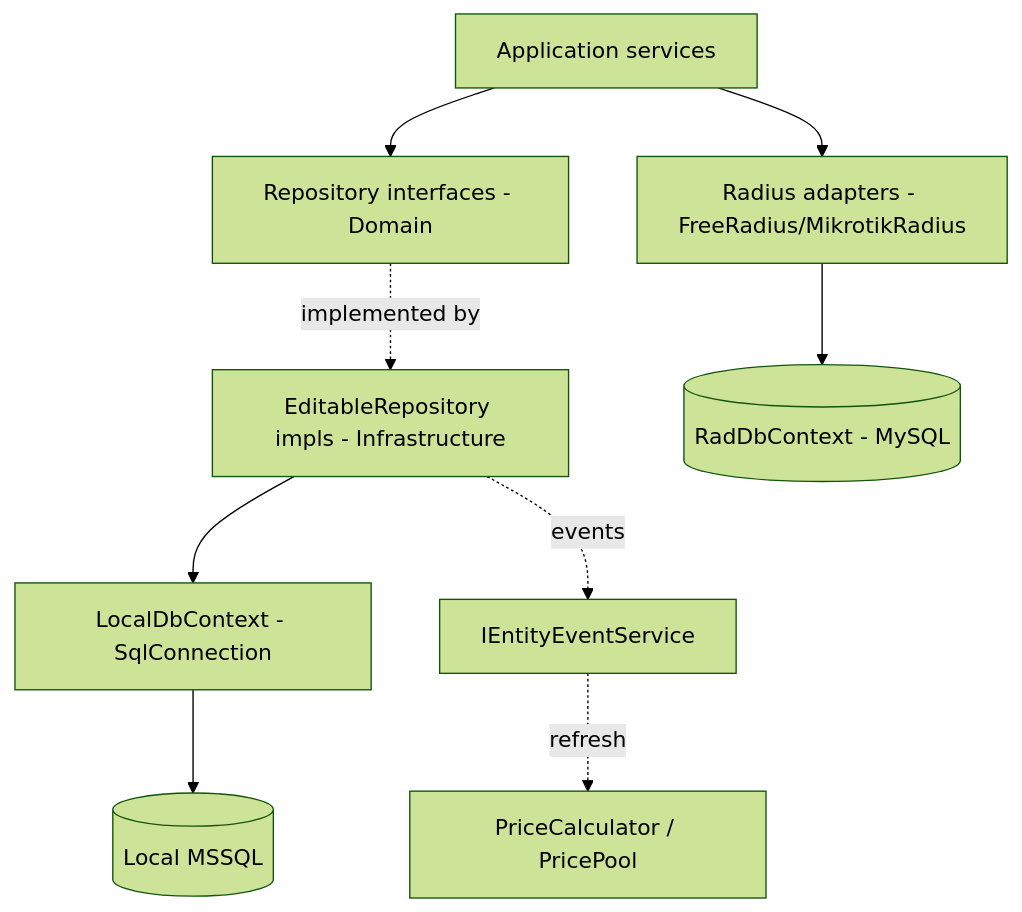
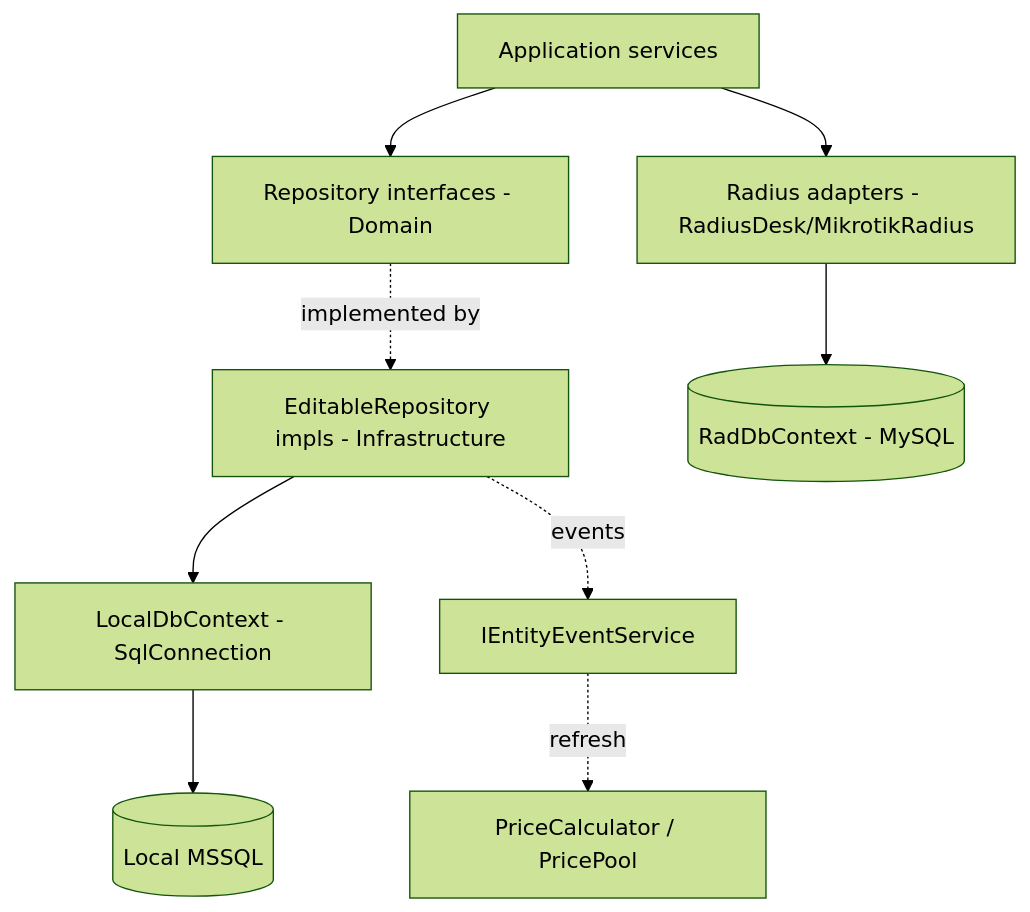
Before and after one commit to h-nargesi/Photon-Bypass: the second of 2 diagrams in docs/05-infrastructure.md, drawn with Mermaid (forest theme). The commit also changed 143 other files, not shown here.

First line of the commit message:
refactor: rename FreeRadius project to RadiusDesk (D1)

````diff
--- a/docs/05-infrastructure.md
+++ b/docs/05-infrastructure.md
@@ -83,16 +83,16 @@
 ```mermaid
 flowchart TB
     APP[Application services]
     RI[Repository interfaces - Domain]
     IMPL[EditableRepository impls - Infrastructure]
     CTX[LocalDbContext - SqlConnection]
     SSMS[(Local MSSQL)]
-    RAD[Radius adapters - FreeRadius/MikrotikRadius]
+    RAD[Radius adapters - RadiusDesk/MikrotikRadius]
     RADDB[(RadDbContext - MySQL)]
     APP --> RI
     RI -.implemented by.-> IMPL
     IMPL --> CTX --> SSMS
     APP --> RAD --> RADDB
     IMPL -.events.-> EE[IEntityEventService]
     EE -.refresh.-> PC[PriceCalculator / PricePool]
 ```
````
